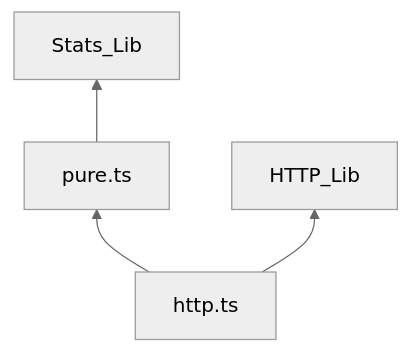
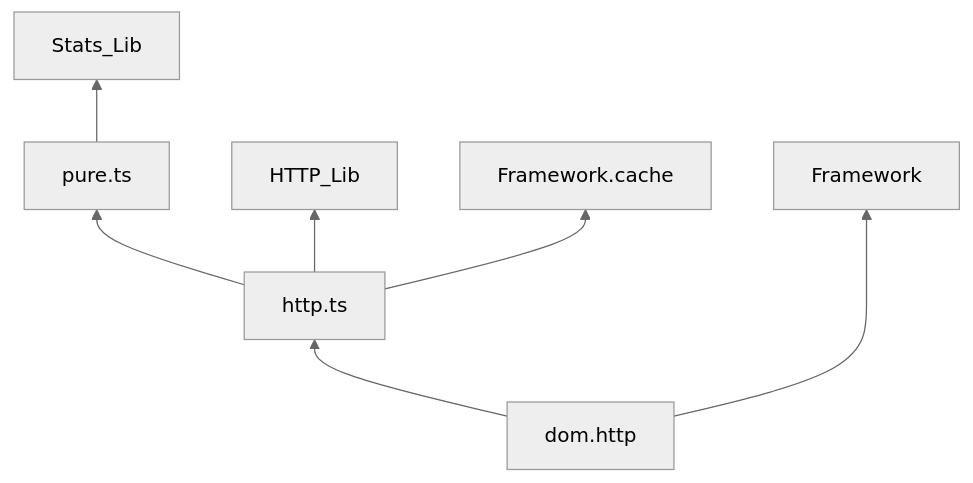
One commit to muniworth/purity-seal changed the fourth of 4 diagrams in README.md. Above: the diagram before and after it, drawn with Mermaid (neutral theme). The commit also changed other lines of this file and 4 other files, not shown here.

````diff
--- a/README.md
+++ b/README.md
@@ -82,6 +82,9 @@
 ```mermaid
 graph BT;
 	pure.ts --> Stats_Lib
 	http.ts --> pure.ts
 	http.ts --> HTTP_Lib
+	http.ts --> Framework.cache
+	dom.http --> http.ts
+	dom.http ---> Framework
 ```
````
